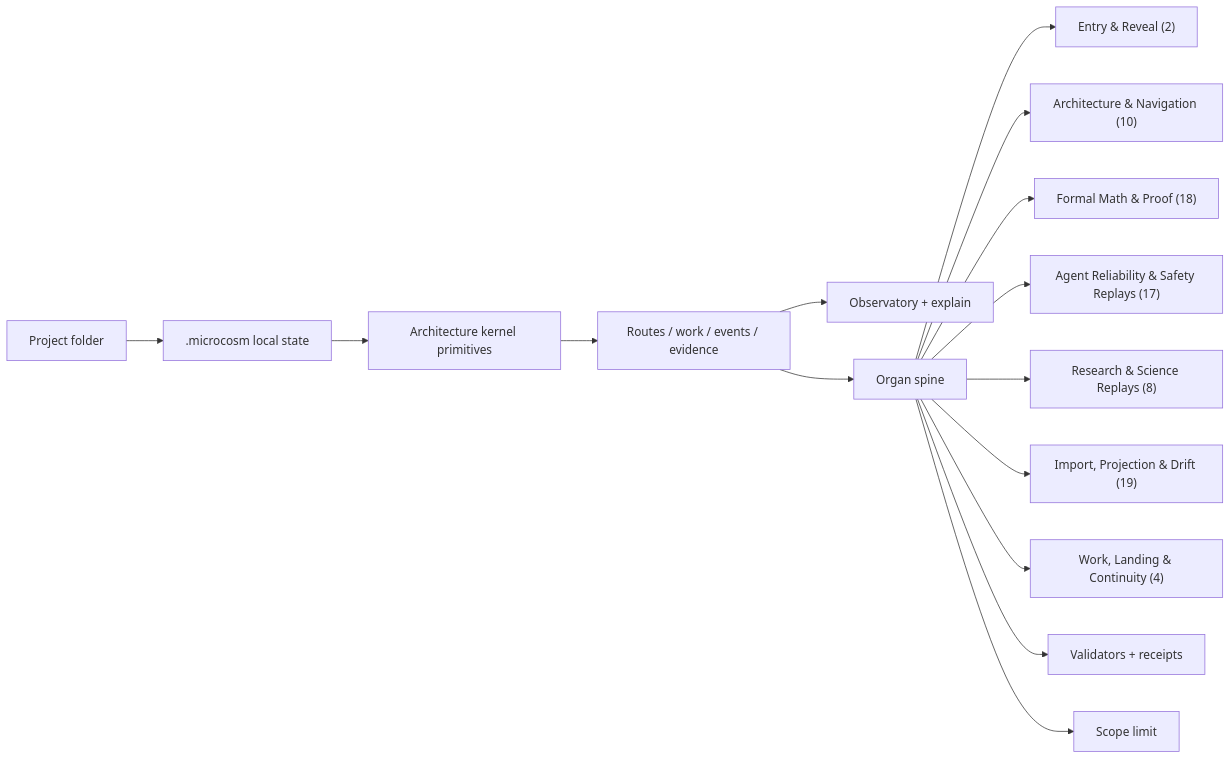
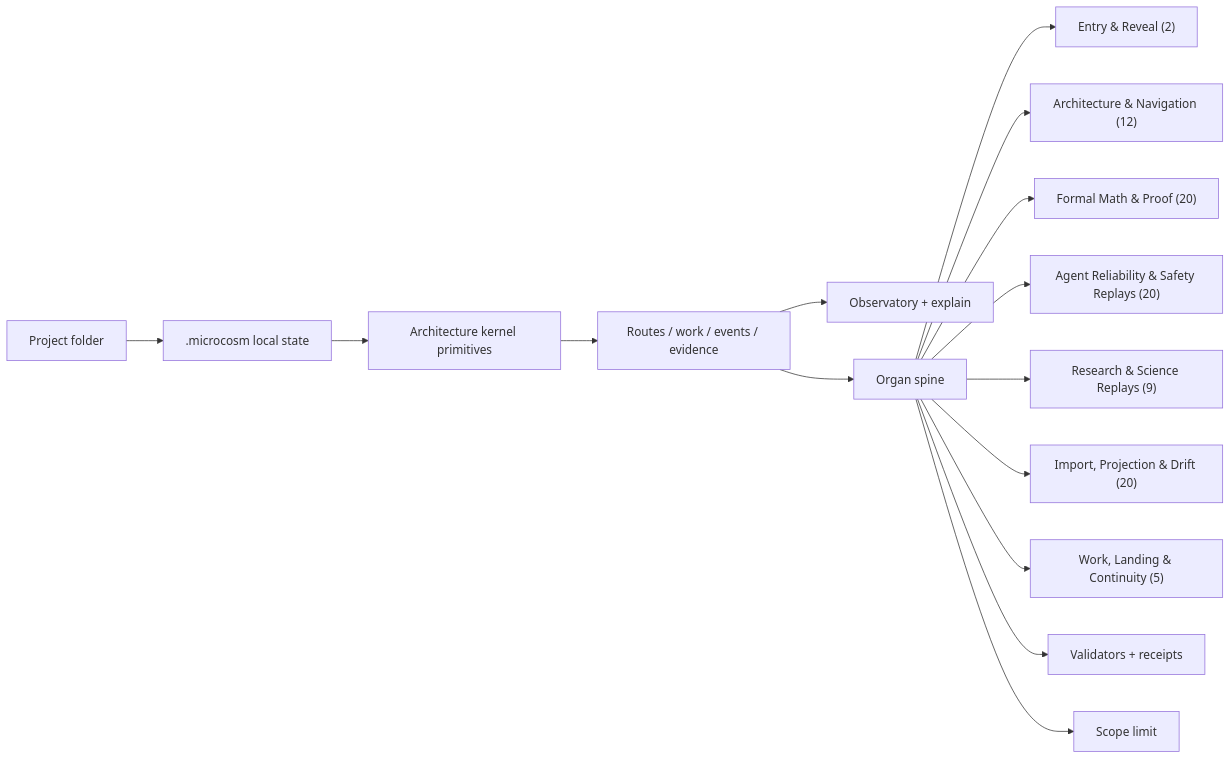
One commit to wcook04/plectis changed the fifth of 7 diagrams in ARCHITECTURE.md. Above: the diagram before and after it, drawn with Mermaid. The commit also changed other lines of this file and 1076 other files, not shown here.

````diff
--- a/ARCHITECTURE.md
+++ b/ARCHITECTURE.md
@@ -190,17 +190,17 @@
 ```mermaid
 flowchart LR
   P[Project folder] --> M[".microcosm local state"]
   M --> K[Architecture kernel primitives]
   K --> R[Routes / work / events / evidence]
   R --> O[Observatory + explain]
   R --> S[Organ spine]
   S --> EAR["Entry & Reveal (2)"]
-  S --> AAN["Architecture & Navigation (10)"]
-  S --> FMAP["Formal Math & Proof (18)"]
-  S --> ARAS["Agent Reliability & Safety Replays (17)"]
-  S --> RASR["Research & Science Replays (8)"]
-  S --> IPAD["Import, Projection & Drift (19)"]
-  S --> WLAC["Work, Landing & Continuity (4)"]
+  S --> AAN["Architecture & Navigation (12)"]
+  S --> FMAP["Formal Math & Proof (20)"]
+  S --> ARAS["Agent Reliability & Safety Replays (20)"]
+  S --> RASR["Research & Science Replays (9)"]
+  S --> IPAD["Import, Projection & Drift (20)"]
+  S --> WLAC["Work, Landing & Continuity (5)"]
   S --> V[Validators + receipts]
   S --> AC[Scope limit]
 ```
````
